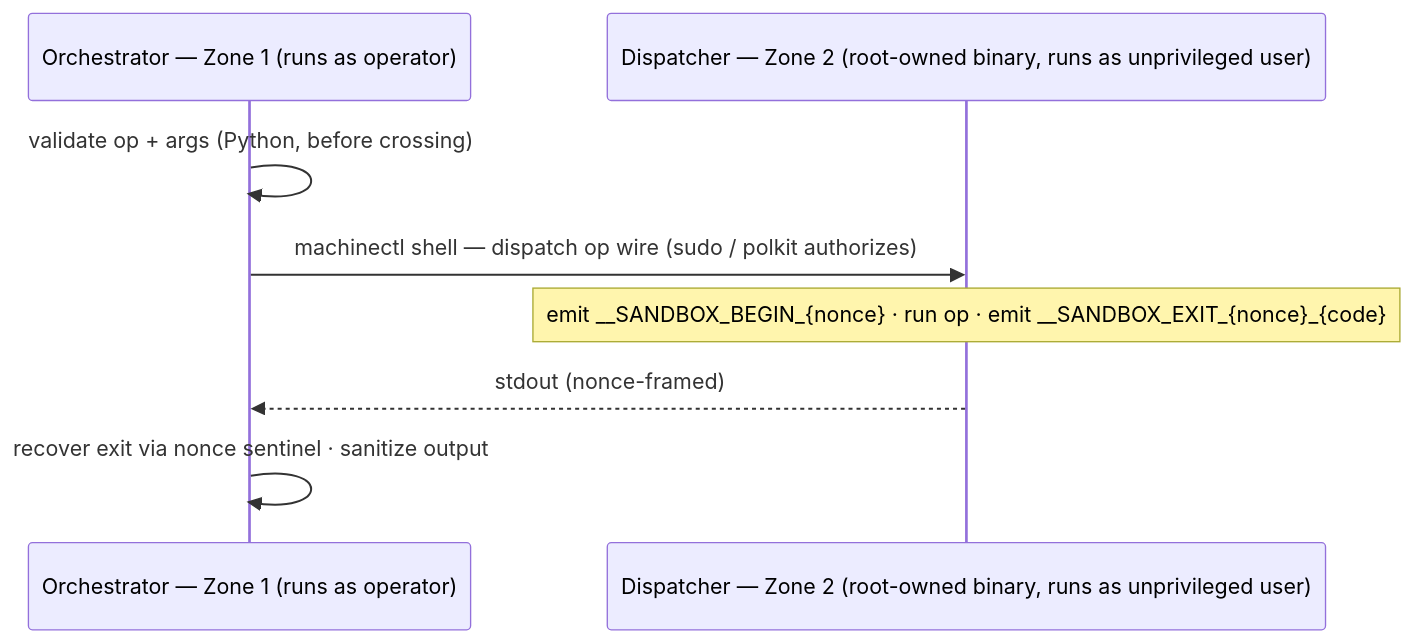
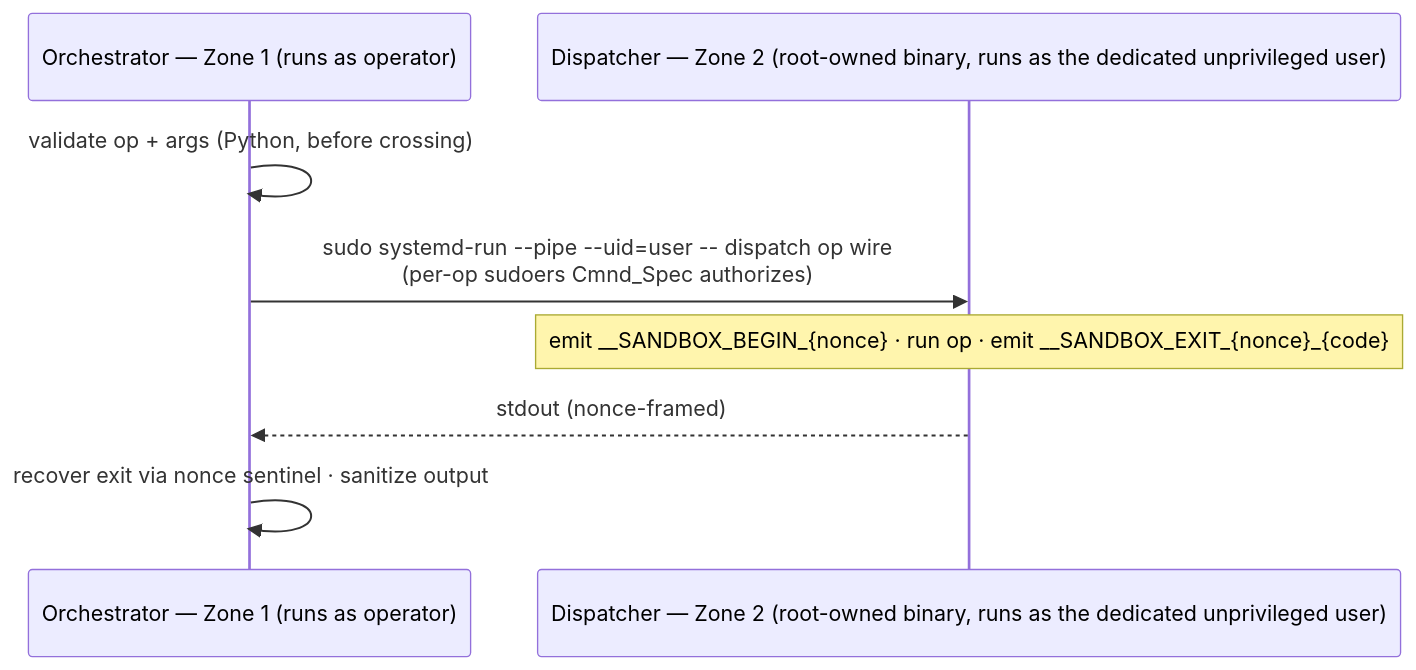
Before and after one commit to rafa-el-souza/sandbox-ai: the third of 4 diagrams in docs/security-model.md, drawn with Mermaid. The commit also changed other lines of this file and 3 other files, not shown here.

````diff
--- a/docs/security-model.md
+++ b/docs/security-model.md
@@ -61,10 +157,10 @@
 ```mermaid
 sequenceDiagram
     participant O as Orchestrator — Zone 1 (runs as operator)
-    participant D as Dispatcher — Zone 2 (root-owned binary, runs as unprivileged user)
+    participant D as Dispatcher — Zone 2 (root-owned binary, runs as the dedicated unprivileged user)
     O->>O: validate op + args (Python, before crossing)
-    O->>D: machinectl shell — dispatch op wire (sudo / polkit authorizes)
+    O->>D: sudo systemd-run --pipe --uid=user -- dispatch op wire<br/>(per-op sudoers Cmnd_Spec authorizes)
     Note over D: emit __SANDBOX_BEGIN_{nonce} · run op · emit __SANDBOX_EXIT_{nonce}_{code}
     D-->>O: stdout (nonce-framed)
     O->>O: recover exit via nonce sentinel · sanitize output
 ```
````
